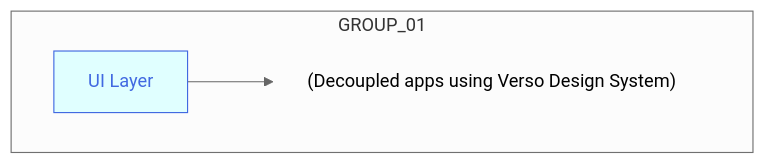
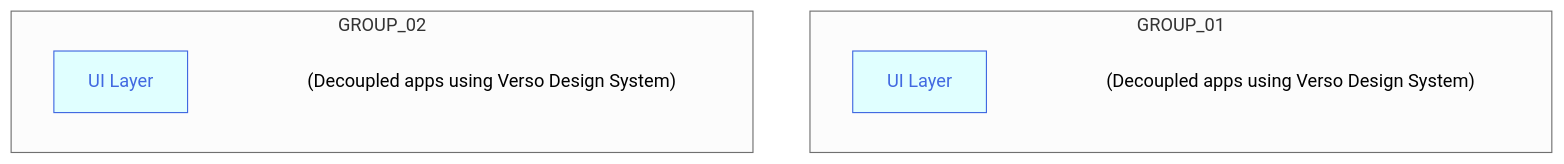
The diagram in buttons_mermaid_v5.md (joe-dorward/samples), drawn with Mermaid (neutral theme) before and after one commit.

````diff
--- a/buttons_mermaid_v5.md
+++ b/buttons_mermaid_v5.md
@@ -3,26 +3,36 @@
 ```mermaid
   %%{
     init: {
       "flowchart": { "markdownAutoWrap":"false", "textWrap":"false", "wrappingWidth": "100%" }
     }
   }%%
   flowchart TD
 
   classDef Button fill:lightcyan, stroke:royalblue, color:royalblue;
   classDef Note fill:transparent, stroke-width:0px
   %% ---------- ---------- ---------- ---------- ---------- ---------- ---------- ---------- ---------- ----------
   subgraph GROUP_01
     direction LR
 
     BUTTON_01["UI Layer"]:::Button
     click BUTTON_01 "https://en.wikipedia.org/wiki/Main_Page" _blank
     BUTTON_01_NOTE["(Decoupled apps using Verso Design System)"]:::Note
 
-BUTTON_01-->BUTTON_01_NOTE
+    BUTTON_01~~~
+    BUTTON_01_NOTE
+  end
+
+  subgraph GROUP_02
+    direction LR
+
+    BUTTON_02["UI Layer"]:::Button
+    click BUTTON_02 "https://en.wikipedia.org/wiki/Main_Page" _blank
+    BUTTON_02_NOTE["(Decoupled apps using Verso Design System)"]:::Note
+
+    BUTTON_02~~~
+    BUTTON_02_NOTE
   end
 
 
 
-
-
 ```
````
